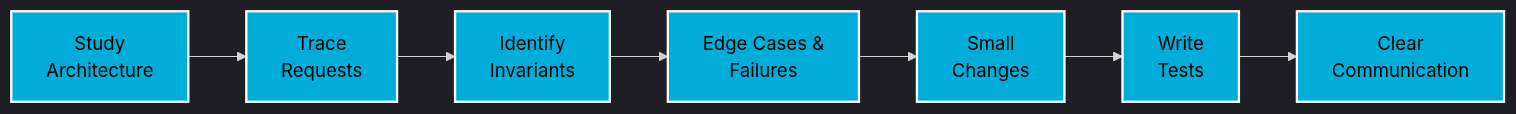
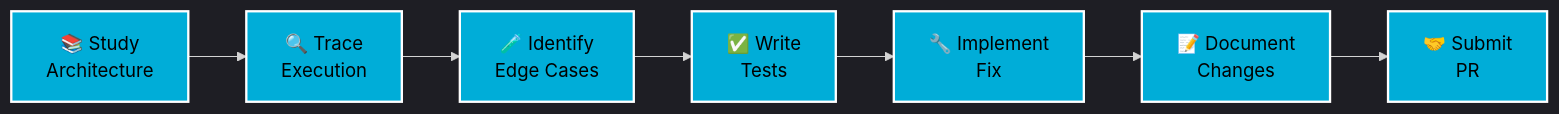
One commit to Aditya7880900936/Aditya7880900936 changed the diagram in README.md. Above: the diagram before and after it, drawn with Mermaid. The commit also changed other lines of this file, not shown here.

````diff
--- a/README.md
+++ b/README.md
@@ -102,18 +159,18 @@
 ```mermaid
 %%{init: {'theme':'dark', 'themeVariables': { 'fontSize':'16px'}}}%%
 graph LR
-    A[Study<br/>Architecture] --> B[Trace<br/>Requests]
-    B --> C[Identify<br/>Invariants]
-    C --> D[Edge Cases &<br/>Failures]
-    D --> E[Small<br/>Changes]
-    E --> F[Write<br/>Tests]
-    F --> G[Clear<br/>Communication]
+    A[📚 Study<br/>Architecture] --> B[🔍 Trace<br/>Execution]
+    B --> C[🧪 Identify<br/>Edge Cases]
+    C --> D[✅ Write<br/>Tests]
+    D --> E[🔧 Implement<br/>Fix]
+    E --> F[📝 Document<br/>Changes]
+    F --> G[🤝 Submit<br/>PR]
     
     style A fill:#00ADD8,stroke:#fff,stroke-width:2px,color:#000
     style B fill:#00ADD8,stroke:#fff,stroke-width:2px,color:#000
     style C fill:#00ADD8,stroke:#fff,stroke-width:2px,color:#000
     style D fill:#00ADD8,stroke:#fff,stroke-width:2px,color:#000
     style E fill:#00ADD8,stroke:#fff,stroke-width:2px,color:#000
     style F fill:#00ADD8,stroke:#fff,stroke-width:2px,color:#000
     style G fill:#00ADD8,stroke:#fff,stroke-width:2px,color:#000
 ```
````
